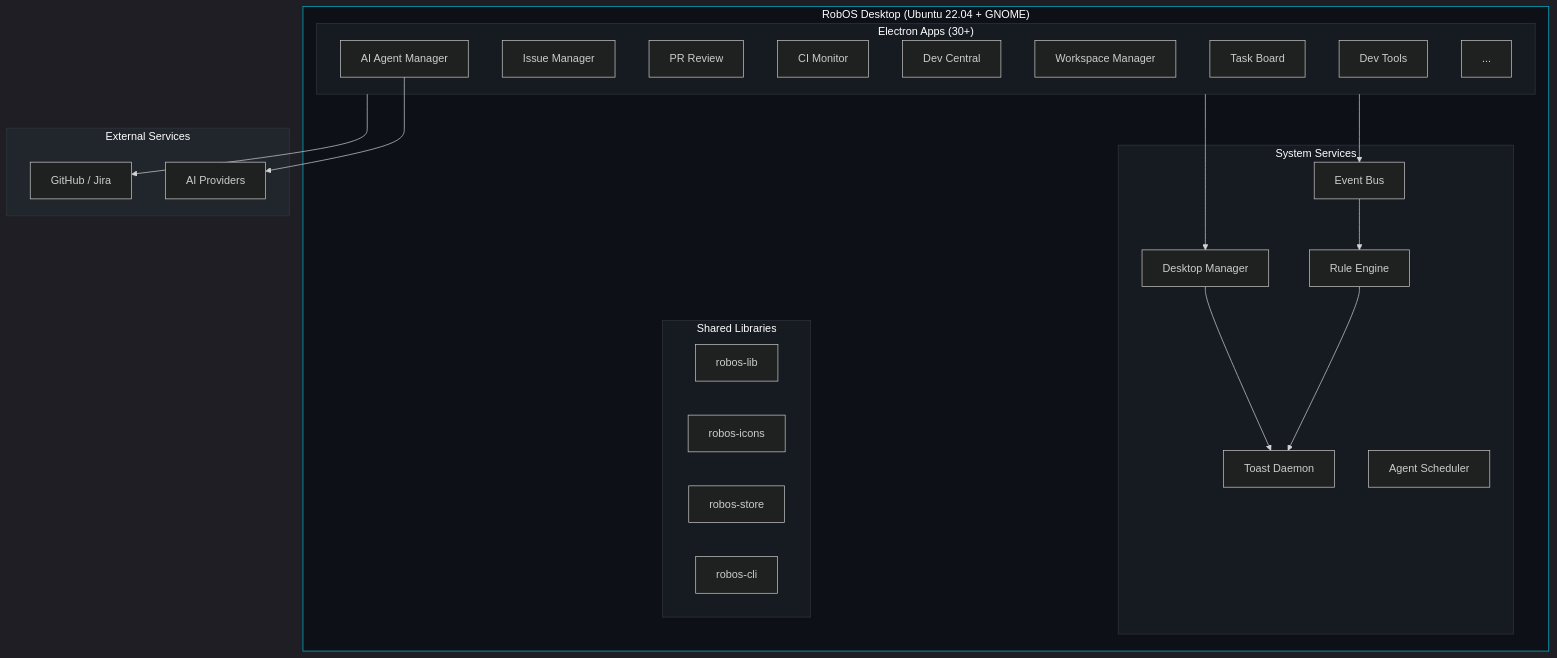
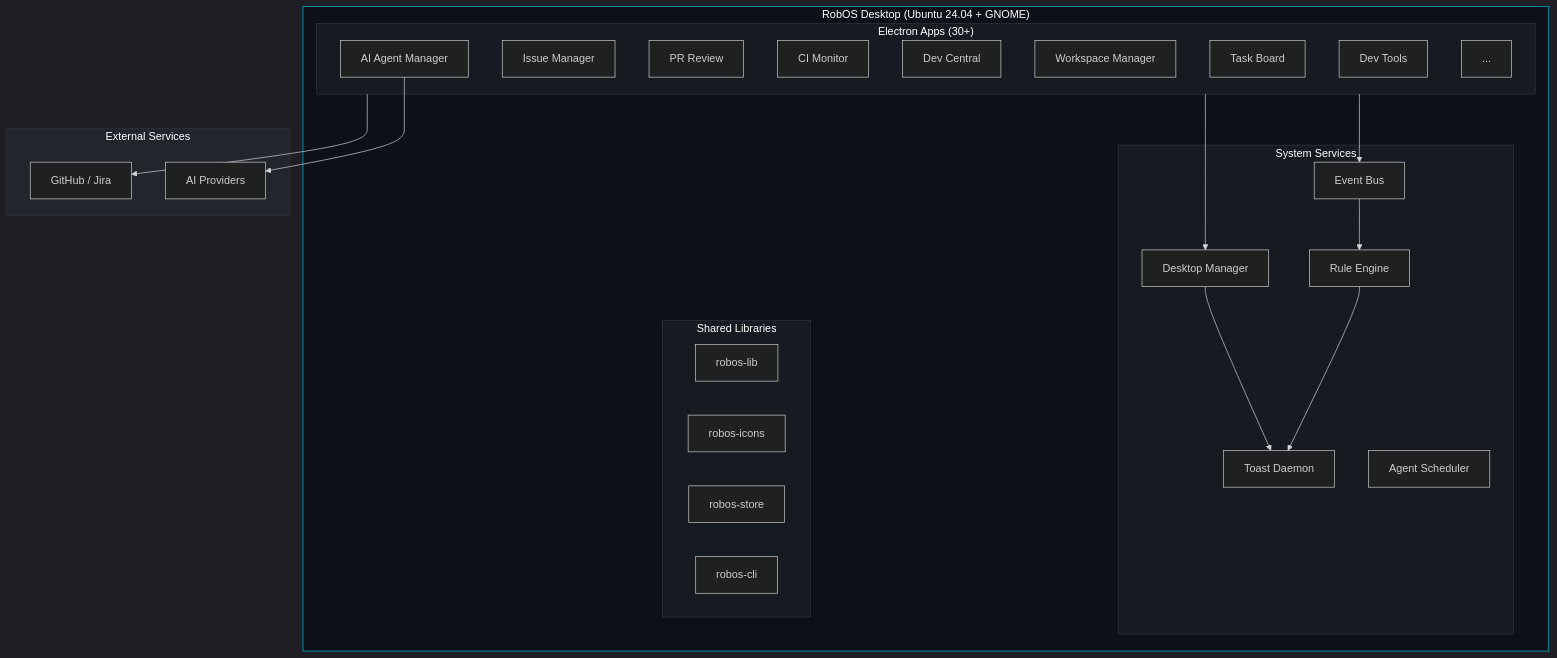
One commit to nddipiazza/robos changed the first of 2 diagrams in docs/architecture.md. Above: the diagram before and after it, drawn with Mermaid. The commit also changed other lines of this file and 61 other files, not shown here.

````diff
--- a/docs/architecture.md
+++ b/docs/architecture.md
@@ -23,51 +23,51 @@
 ```mermaid
 %%{init: {'theme': 'dark'}}%%
 graph TB
-    subgraph Desktop["RobOS Desktop (Ubuntu 22.04 + GNOME)"]
+    subgraph Desktop["RobOS Desktop (Ubuntu 24.04 + GNOME)"]
         subgraph Apps["Electron Apps (30+)"]
             TB[Task Board]
             IM[Issue Manager]
             PR[PR Review]
             CI[CI Monitor]
             DC[Dev Central]
             WS[Workspace Manager]
             AM[AI Agent Manager]
             DT[Dev Tools]
             MORE[...]
         end
 
         subgraph Services["System Services"]
             DM[Desktop Manager]
             TD[Toast Daemon]
             EB[Event Bus]
             RE[Rule Engine]
             AS[Agent Scheduler]
         end
 
         subgraph Libraries["Shared Libraries"]
             RL[robos-lib]
             RI[robos-icons]
             RS[robos-store]
             RC[robos-cli]
         end
     end
 
     subgraph External["External Services"]
         GH[GitHub / Jira]
         AI[AI Providers]
     end
 
     Apps --> DM
     Apps --> EB
     DM --> TD
     EB --> RE
     RE --> TD
     Apps --> GH
     AM --> AI
 
     style Desktop fill:#0d1117,stroke:#00bcd4,color:#fff
     style Apps fill:#161b22,stroke:#30363d,color:#fff
     style Services fill:#161b22,stroke:#30363d,color:#fff
     style Libraries fill:#161b22,stroke:#30363d,color:#fff
     style External fill:#21262d,stroke:#30363d,color:#fff
 ```
````
